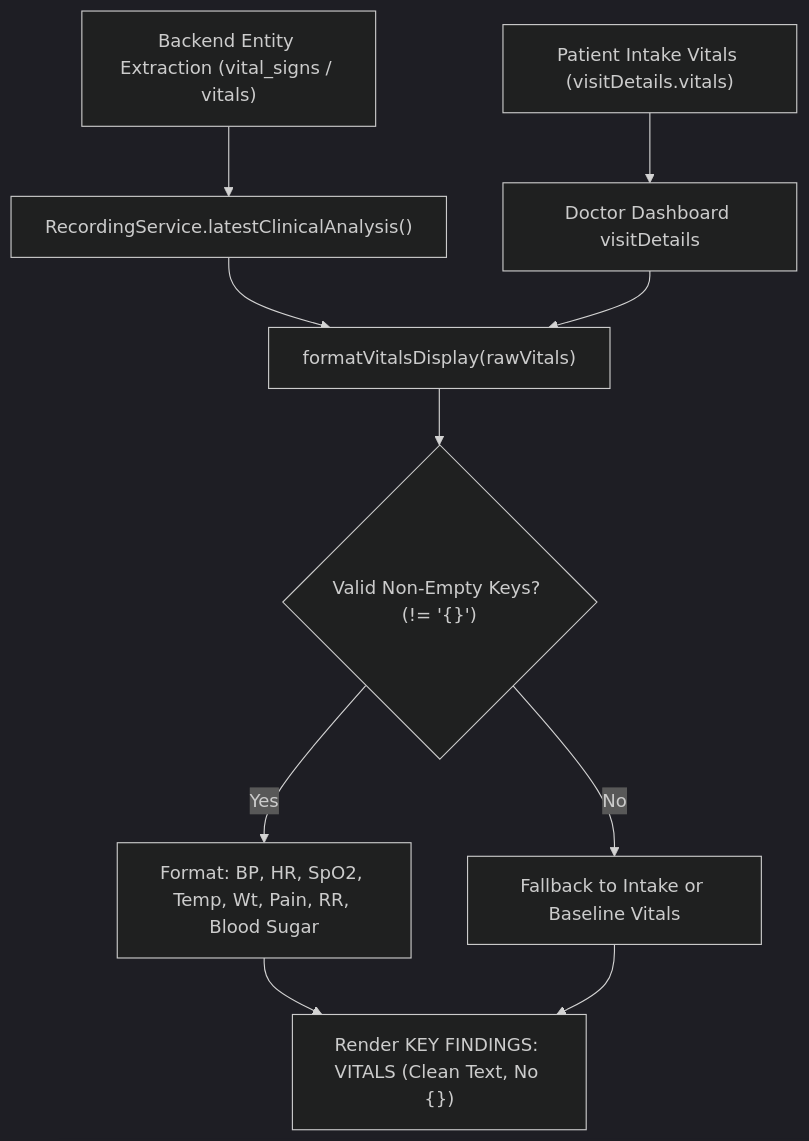
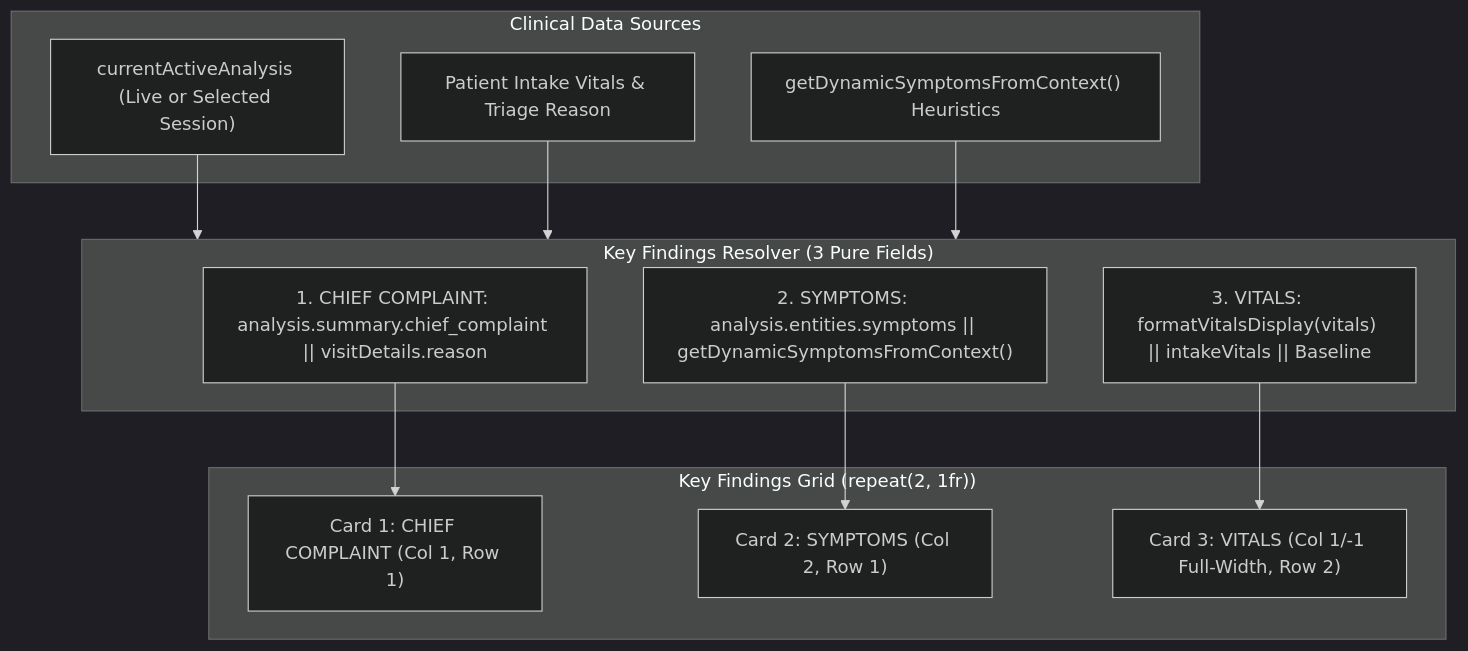
Before and after one commit to ankitcrafts/cbt-agentic-clinical-intelligence-assistant-frontend: the fourth of 6 diagrams in docs/ARCHITECTURE.md, drawn with Mermaid (dark theme). The commit also changed other lines of this file and 6 other files, not shown here.

Commit message:
Added project knowledge, memory, PRD, rules, tasks, architecture, and design documentation

````diff
--- a/docs/ARCHITECTURE.md
+++ b/docs/ARCHITECTURE.md
@@ -152,12 +152,27 @@
 ```mermaid
 flowchart TD
-    EntityExtract["Backend Entity Extraction (vital_signs / vitals)"] --> FrontendAnalysis["RecordingService.latestClinicalAnalysis()"]
-    TriageIntake["Patient Intake Vitals (visitDetails.vitals)"] --> FrontendVisit["Doctor Dashboard visitDetails"]
-    FrontendAnalysis --> VitalsFormatter["formatVitalsDisplay(rawVitals)"]
-    FrontendVisit --> VitalsFormatter
-    VitalsFormatter --> ParseValidation{"Valid Non-Empty Keys? (!= '{}')"}
-    ParseValidation -- Yes --> FormatMetrics["Format: BP, HR, SpO2, Temp, Wt, Pain, RR, Blood Sugar"]
-    ParseValidation -- No --> FallbackNotice["Fallback to Intake or Baseline Vitals"]
-    FormatMetrics --> FindingsCard["Render KEY FINDINGS: VITALS (Clean Text, No {})"]
-    FallbackNotice --> FindingsCard
+    subgraph DataSources["Clinical Data Sources"]
+        ActiveAnalysis["currentActiveAnalysis (Live or Selected Session)"]
+        TriageIntake["Patient Intake Vitals & Triage Reason"]
+        ContextExtractor["getDynamicSymptomsFromContext() Heuristics"]
+    end
+
+    subgraph KeyFindingsRouter["Key Findings Resolver (3 Pure Fields)"]
+        CC["1. CHIEF COMPLAINT: analysis.summary.chief_complaint || visitDetails.reason"]
+        SYM["2. SYMPTOMS: analysis.entities.symptoms || getDynamicSymptomsFromContext()"]
+        VIT["3. VITALS: formatVitalsDisplay(vitals) || intakeVitals || Baseline"]
+    end
+
+    subgraph UIStructure["Key Findings Grid (repeat(2, 1fr))"]
+        Card1["Card 1: CHIEF COMPLAINT (Col 1, Row 1)"]
+        Card2["Card 2: SYMPTOMS (Col 2, Row 1)"]
+        Card3["Card 3: VITALS (Col 1/-1 Full-Width, Row 2)"]
+    end
+
+    ActiveAnalysis --> KeyFindingsRouter
+    TriageIntake --> KeyFindingsRouter
+    ContextExtractor --> KeyFindingsRouter
+    CC --> Card1
+    SYM --> Card2
+    VIT --> Card3
 ```
````
